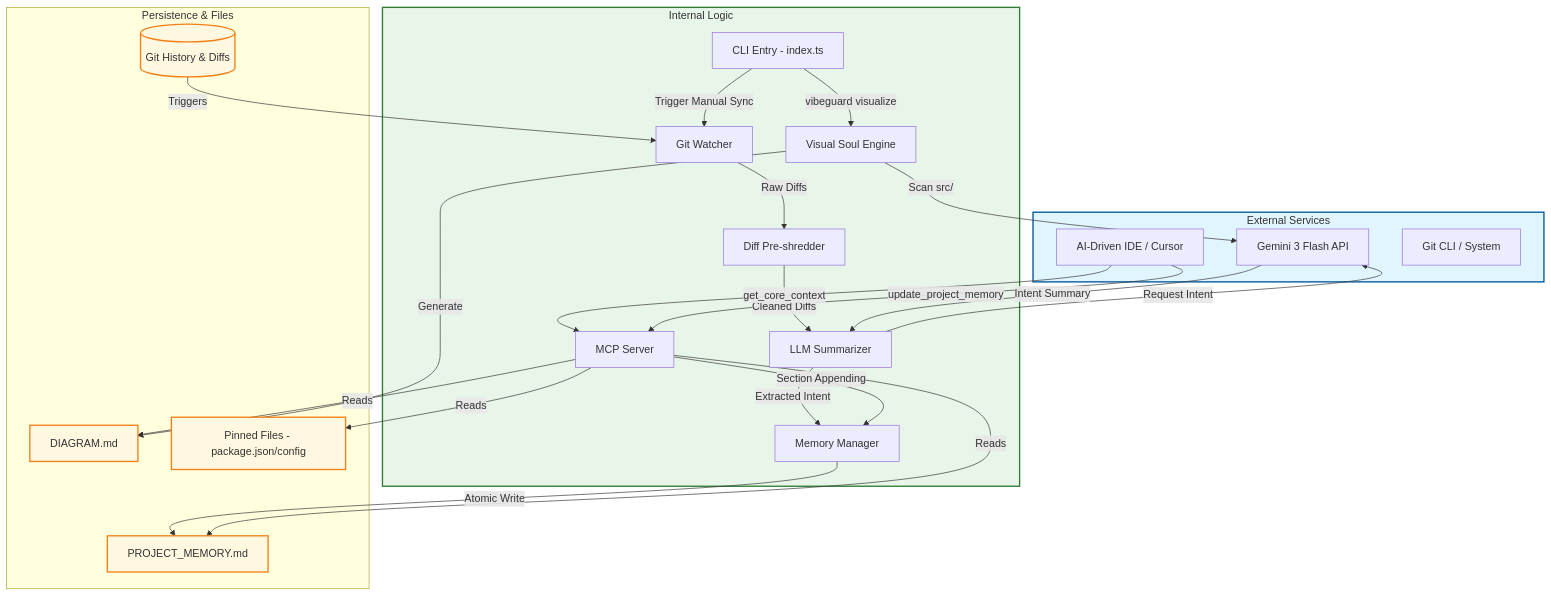
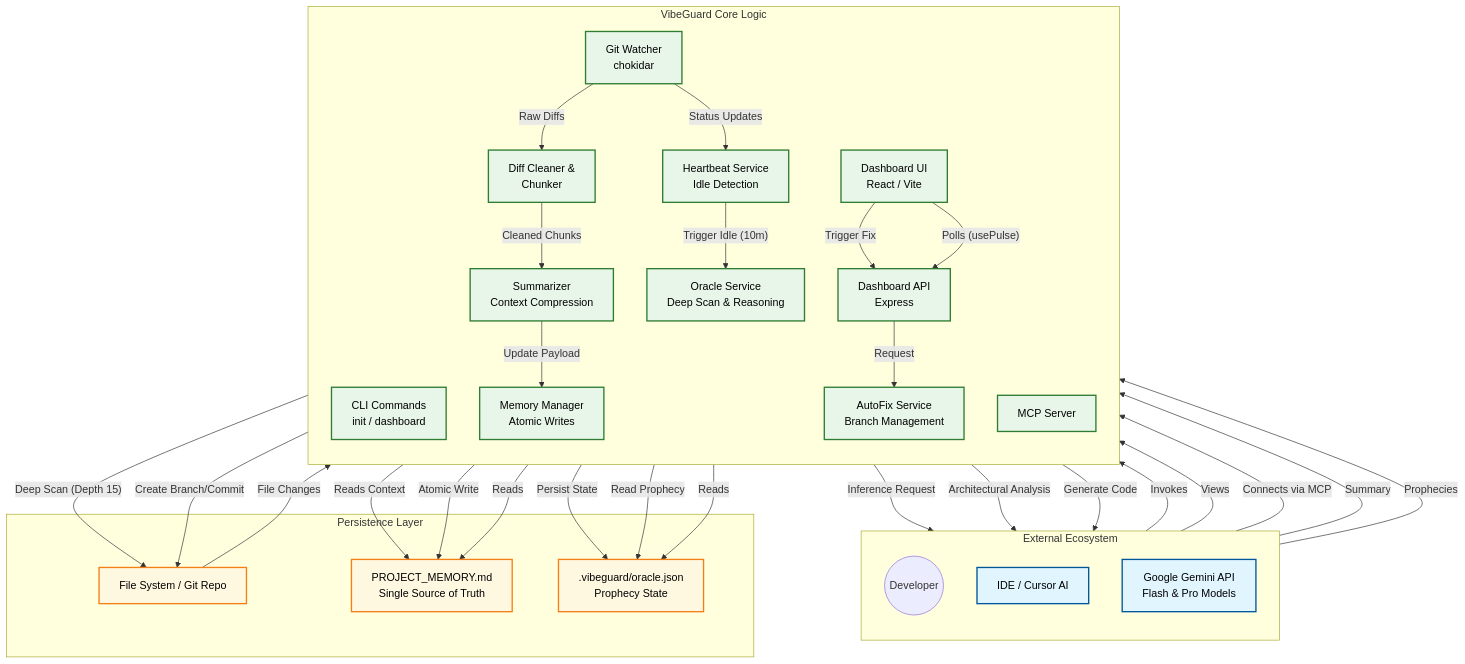
Before and after one commit to cdaviddav/vibeguard: the diagram in DIAGRAM.md, drawn with Mermaid. The commit also changed other lines of this file and 11 other files, not shown here.

````diff
--- a/DIAGRAM.md
+++ b/DIAGRAM.md
@@ -3,57 +3,88 @@
 ```mermaid
 flowchart TD
-    subgraph ExternalServicesGroup [External Services]
-        GeminiAPI[Gemini 3 Flash API]
-        IDE[AI-Driven IDE / Cursor]
-        GitCLI[Git CLI / System]
+    %% Define Styles
+    classDef ExternalServices fill:#e1f5fe,stroke:#01579b,stroke-width:2px,color:#000
+    classDef InternalLogic fill:#e8f5e9,stroke:#2e7d32,stroke-width:2px,color:#000
+    classDef PersistenceFiles fill:#fff8e1,stroke:#f57f17,stroke-width:2px,color:#000
+
+    %% External Entities
+    subgraph External [External Ecosystem]
+        direction TB
+        Dev((Developer))
+        IDE[IDE / Cursor AI]
+        Gemini[Google Gemini API<br/>Flash & Pro Models]
     end
 
-    subgraph InternalLogicGroup [Internal Logic]
-        CLI[CLI Entry - index.ts]
-        MCPServer[MCP Server]
-        Watcher[Git Watcher]
-        Cleaner[Diff Pre-shredder]
-        Summarizer[LLM Summarizer]
-        MemManager[Memory Manager]
-        Visualizer[Visual Soul Engine]
+    %% Persistence Layer (File System)
+    subgraph Storage [Persistence Layer]
+        FS[File System / Git Repo]
+        ProjMem[PROJECT_MEMORY.md<br/>Single Source of Truth]
+        OracleState[.vibeguard/oracle.json<br/>Prophecy State]
     end
 
-    subgraph PersistenceGroup [Persistence & Files]
-        ProjMem[PROJECT_MEMORY.md]
-        DiagFile[DIAGRAM.md]
-        PinnedFiles[Pinned Files - package.json/config]
-        GitRepo[(Git History & Diffs)]
+    %% VibeGuard Core System
+    subgraph VibeGuard [VibeGuard Core Logic]
+        direction TB
+        
+        %% Entry Points
+        CLI[CLI Commands<br/>init / dashboard]
+        MCP[MCP Server]
+        
+        %% Watcher Pipeline
+        Watcher[Git Watcher<br/>chokidar]
+        DiffEngine[Diff Cleaner &<br/>Chunker]
+        
+        %% Librarian Services
+        Heartbeat[Heartbeat Service<br/>Idle Detection]
+        Oracle[Oracle Service<br/>Deep Scan & Reasoning]
+        Summarizer[Summarizer<br/>Context Compression]
+        MemManager[Memory Manager<br/>Atomic Writes]
+        AutoFix[AutoFix Service<br/>Branch Management]
+        
+        %% Dashboard
+        DashAPI[Dashboard API<br/>Express]
+        DashUI[Dashboard UI<br/>React / Vite]
     end
 
-    %% Pipeline Flow
-    GitRepo -- Triggers --> Watcher
-    Watcher -- Raw Diffs --> Cleaner
-    Cleaner -- Cleaned Diffs --> Summarizer
-    Summarizer -- Request Intent --> GeminiAPI
-    GeminiAPI -- Intent Summary --> Summarizer
-    Summarizer -- Extracted Intent --> MemManager
+    %% Relationships & Data Flow
+
+    %% User / IDE Interactions
+    Dev -- Invokes --> CLI
+    Dev -- Views --> DashUI
+    IDE -- Connects via MCP --> MCP
+    MCP -- Reads Context --> ProjMem
+
+    %% Watcher Flow
+    FS -- File Changes --> Watcher
+    Watcher -- Raw Diffs --> DiffEngine
+    DiffEngine -- Cleaned Chunks --> Summarizer
+    Summarizer -- Inference Request --> Gemini
+    Gemini -- Summary --> Summarizer
+    Summarizer -- Update Payload --> MemManager
     MemManager -- Atomic Write --> ProjMem
 
-    %% MCP Interaction
-    IDE -- get_core_context --> MCPServer
-    IDE -- update_project_memory --> MCPServer
-    MCPServer -- Reads --> ProjMem
-    MCPServer -- Reads --> DiagFile
-    MCPServer -- Reads --> PinnedFiles
-    MCPServer -- Section Appending --> MemManager
+    %% Autonomous Loop (Heartbeat & Oracle)
+    Watcher -- Status Updates --> Heartbeat
+    Heartbeat -- Trigger Idle (10m) --> Oracle
+    Oracle -- Deep Scan (Depth 15) --> FS
+    Oracle -- Architectural Analysis --> Gemini
+    Gemini -- Prophecies --> Oracle
+    Oracle -- Persist State --> OracleState
 
-    %% CLI & Visualization
-    CLI -- vibeguard visualize --> Visualizer
-    Visualizer -- Scan src/ --> GeminiAPI
-    Visualizer -- Generate --> DiagFile
-    CLI -- Trigger Manual Sync --> Watcher
+    %% AutoFix Flow
+    DashUI -- Trigger Fix --> DashAPI
+    DashAPI -- Request --> AutoFix
+    AutoFix -- Read Prophecy --> OracleState
+    AutoFix -- Generate Code --> Gemini
+    AutoFix -- Create Branch/Commit --> FS
 
-    %% Styling
-    classDef ExternalServices fill:#e1f5fe,stroke:#01579b,stroke-width:2px
-    classDef InternalLogic fill:#e8f5e9,stroke:#2e7d32,stroke-width:2px
-    classDef PersistenceFiles fill:#fff8e1,stroke:#f57f17,stroke-width:2px
+    %% Dashboard Data Flow
+    DashUI -- Polls (usePulse) --> DashAPI
+    DashAPI -- Reads --> ProjMem
+    DashAPI -- Reads --> OracleState
 
-    class ExternalServicesGroup ExternalServices
-    class InternalLogicGroup InternalLogic
-    class ProjMem,DiagFile,PinnedFiles,GitRepo PersistenceFiles
+    %% Apply Styles
+    class IDE,Gemini ExternalServices
+    class CLI,MCP,Watcher,DiffEngine,Heartbeat,Oracle,Summarizer,MemManager,AutoFix,DashAPI,DashUI InternalLogic
+    class FS,ProjMem,OracleState PersistenceFiles
 ```
````
